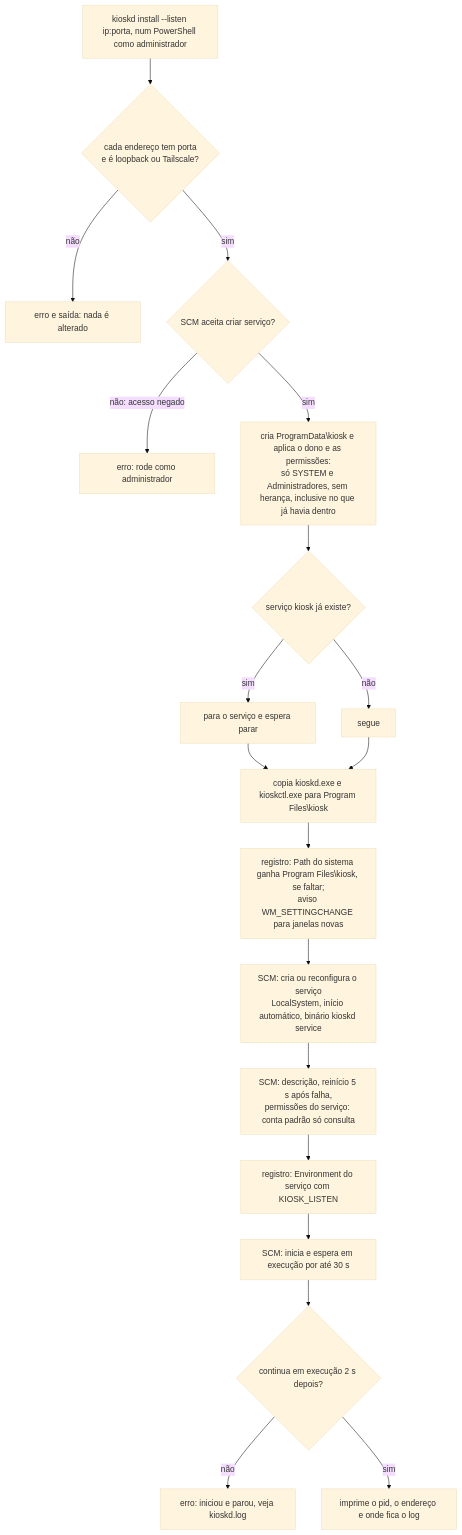
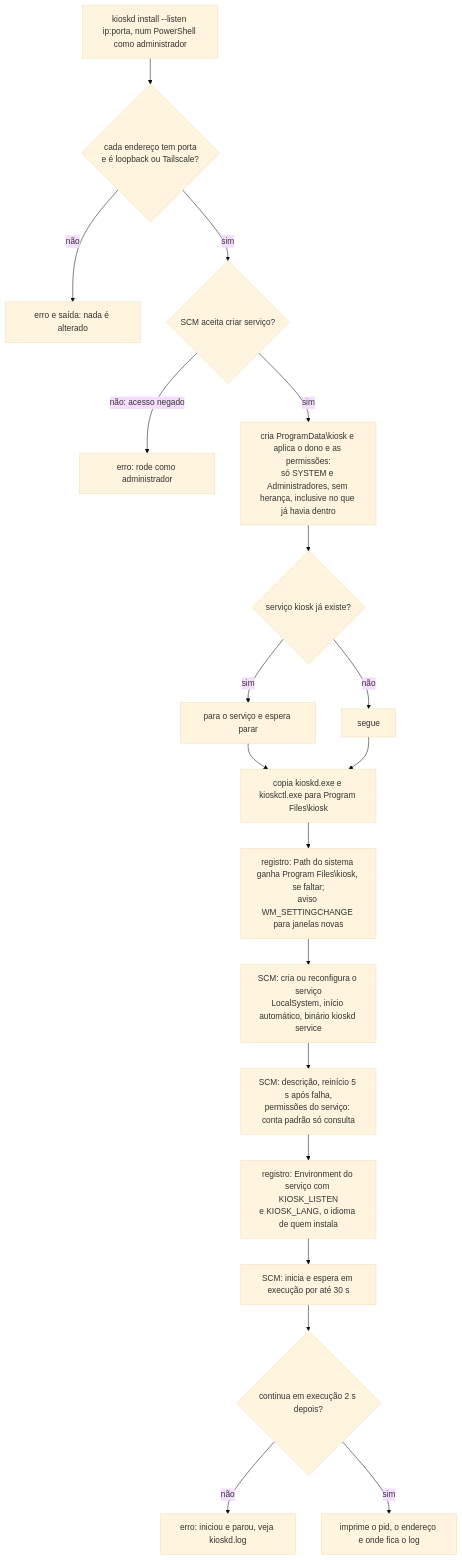
Diagram 18 of 28 in docs/architecture/fluxos-dos-comandos.md (jefersonlop3s/kiosk-engine), drawn with Mermaid (base theme) before and after one commit. The commit also changed other lines of this file and 35 other files, not shown here.

````diff
--- a/docs/architecture/fluxos-dos-comandos.md
+++ b/docs/architecture/fluxos-dos-comandos.md
@@ -262,21 +262,21 @@
 ```mermaid
 flowchart TD
     A["kioskd install --listen ip:porta, num PowerShell como administrador"] --> B{"cada endereço tem porta<br/>e é loopback ou Tailscale?"}
     B -->|não| E1["erro e saída: nada é alterado"]
     B -->|sim| C{"SCM aceita criar serviço?"}
     C -->|"não: acesso negado"| E2["erro: rode como administrador"]
     C -->|sim| D["cria ProgramData\kiosk e aplica o dono e as permissões:<br/>só SYSTEM e Administradores, sem herança, inclusive no que já havia dentro"]
     D --> F{"serviço kiosk já existe?"}
     F -->|sim| G["para o serviço e espera parar"]
     F -->|não| H["segue"]
     G --> I["copia kioskd.exe e kioskctl.exe para Program Files\kiosk"]
     H --> I
     I --> P["registro: Path do sistema ganha Program Files\kiosk, se faltar;<br/>aviso WM_SETTINGCHANGE para janelas novas"]
     P --> J["SCM: cria ou reconfigura o serviço<br/>LocalSystem, início automático, binário kioskd service"]
     J --> K["SCM: descrição, reinício 5 s após falha,<br/>permissões do serviço: conta padrão só consulta"]
-    K --> L["registro: Environment do serviço com KIOSK_LISTEN"]
+    K --> L["registro: Environment do serviço com KIOSK_LISTEN<br/>e KIOSK_LANG, o idioma de quem instala"]
     L --> M["SCM: inicia e espera em execução por até 30 s"]
     M --> N{"continua em execução 2 s depois?"}
     N -->|não| E3["erro: iniciou e parou, veja kioskd.log"]
     N -->|sim| R["imprime o pid, o endereço e onde fica o log"]
 ```
````
